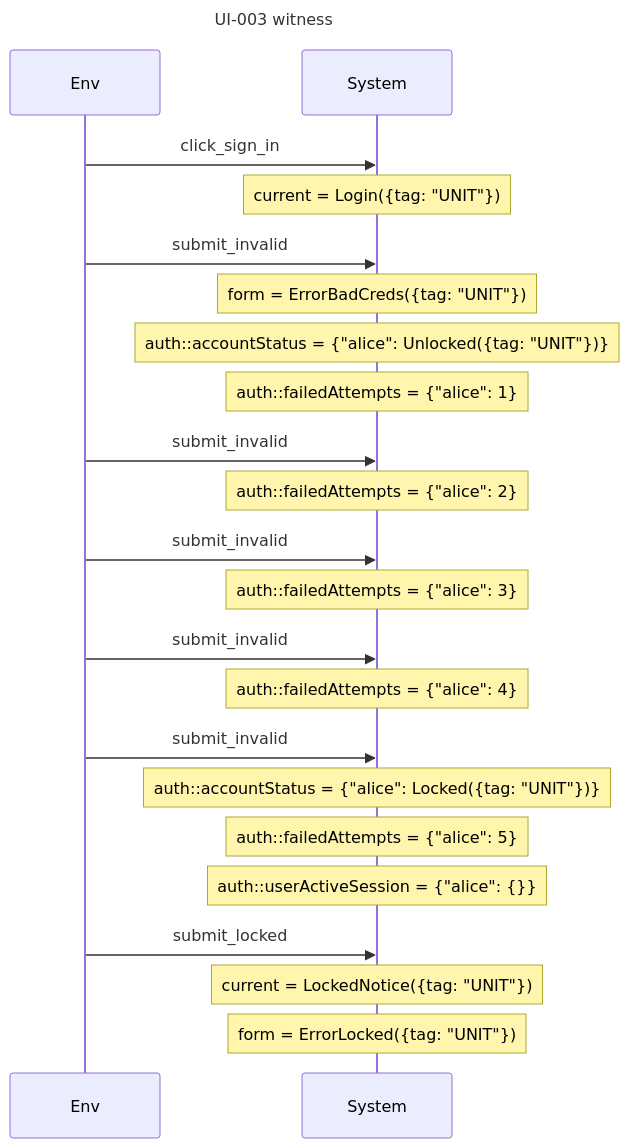
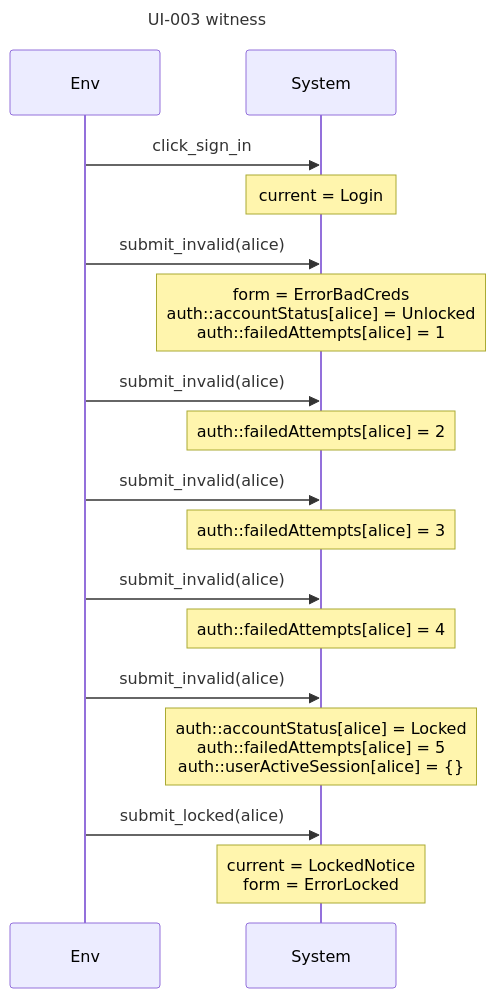
The fifth of 9 diagrams in examples/specs/auth-ui.readback.md (AlesKracik/quintessence), drawn with Mermaid before and after one commit. The commit also changed other lines of this file and 17 other files, not shown here.

````diff
--- a/examples/specs/auth-ui.readback.md
+++ b/examples/specs/auth-ui.readback.md
@@ -410,25 +421,20 @@
 ```mermaid
 sequenceDiagram
     title UI-003 witness
     participant E as Env
     participant S as System
     E->>S: click_sign_in
-    Note over S: current = Login({tag: "UNIT"})
-    E->>S: submit_invalid
-    Note over S: form = ErrorBadCreds({tag: "UNIT"})
-    Note over S: auth::accountStatus = {"alice": Unlocked({tag: "UNIT"})}
-    Note over S: auth::failedAttempts = {"alice": 1}
-    E->>S: submit_invalid
-    Note over S: auth::failedAttempts = {"alice": 2}
-    E->>S: submit_invalid
-    Note over S: auth::failedAttempts = {"alice": 3}
-    E->>S: submit_invalid
-    Note over S: auth::failedAttempts = {"alice": 4}
-    E->>S: submit_invalid
-    Note over S: auth::accountStatus = {"alice": Locked({tag: "UNIT"})}
-    Note over S: auth::failedAttempts = {"alice": 5}
-    Note over S: auth::userActiveSession = {"alice": {}}
-    E->>S: submit_locked
-    Note over S: current = LockedNotice({tag: "UNIT"})
-    Note over S: form = ErrorLocked({tag: "UNIT"})
+    Note over S: current = Login
+    E->>S: submit_invalid(alice)
+    Note over S: form = ErrorBadCreds<br/>auth::accountStatus[alice] = Unlocked<br/>auth::failedAttempts[alice] = 1
+    E->>S: submit_invalid(alice)
+    Note over S: auth::failedAttempts[alice] = 2
+    E->>S: submit_invalid(alice)
+    Note over S: auth::failedAttempts[alice] = 3
+    E->>S: submit_invalid(alice)
+    Note over S: auth::failedAttempts[alice] = 4
+    E->>S: submit_invalid(alice)
+    Note over S: auth::accountStatus[alice] = Locked<br/>auth::failedAttempts[alice] = 5<br/>auth::userActiveSession[alice] = {}
+    E->>S: submit_locked(alice)
+    Note over S: current = LockedNotice<br/>form = ErrorLocked
 ```
````
